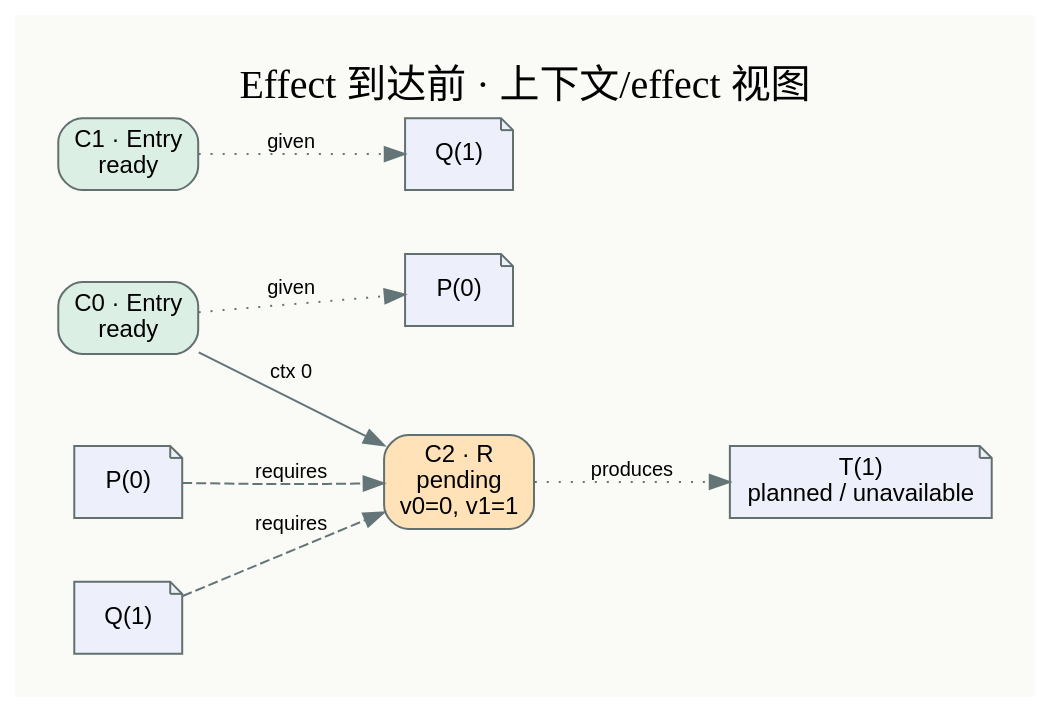
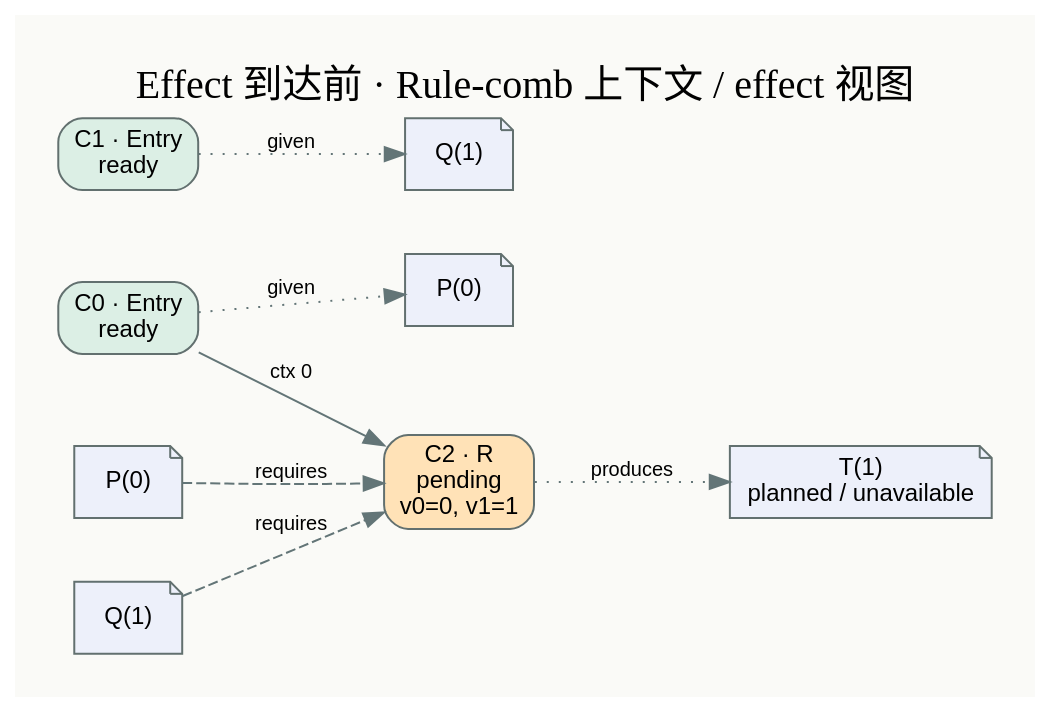
The diagram in experiments/tier1_effects/before.dot (MilkBlock/fractal_egraph), drawn with Graphviz before and after one commit. The commit also changed 17 other files, not shown here.

```diff
--- a/experiments/tier1_effects/before.dot
+++ b/experiments/tier1_effects/before.dot
@@ -1,20 +1,20 @@
 digraph G {
 graph [rankdir=LR,bgcolor="#fafaf7",pad=0.3,nodesep=0.45,ranksep=0.8];
 node [fontname="Arial",fontsize=12,shape=box,style="rounded,filled",color="#62706f"];
 edge [fontname="Arial",fontsize=10,color="#637577"];
-label="Effect 到达前 · 上下文/effect 视图";labelloc=t;fontsize=20;
+label="Effect 到达前 · Rule-comb 上下文 / effect 视图";labelloc=t;fontsize=20;
 c0 [label="C0 · Entry\nready",fillcolor="#dcefe5"];
 e0_given_0 [label="P(0)",shape=note,fillcolor="#edf0fa"];
 c0 -> e0_given_0 [style=dotted,label="given"];
 c1 [label="C1 · Entry\nready",fillcolor="#dcefe5"];
 e1_given_0 [label="Q(1)",shape=note,fillcolor="#edf0fa"];
 c1 -> e1_given_0 [style=dotted,label="given"];
 c2 [label="C2 · R\npending\nv0=0, v1=1",fillcolor="#ffe2b7"];
 c0 -> c2 [label="ctx 0"];
 e2_requires_0 [label="P(0)",shape=note,fillcolor="#edf0fa"];
 e2_requires_0 -> c2 [style=dashed,label="requires"];
 e2_requires_1 [label="Q(1)",shape=note,fillcolor="#edf0fa"];
 e2_requires_1 -> c2 [style=dashed,label="requires"];
 e2_produces_0 [label="T(1)\nplanned / unavailable",shape=note,fillcolor="#edf0fa"];
 c2 -> e2_produces_0 [style=dotted,label="produces"];
 }
```
